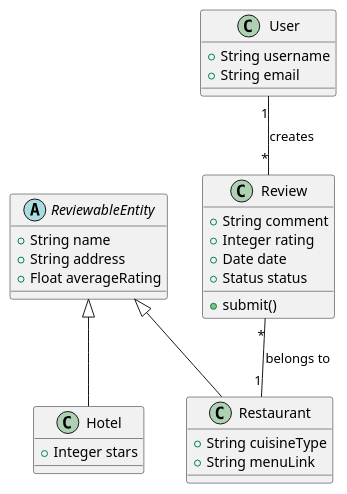
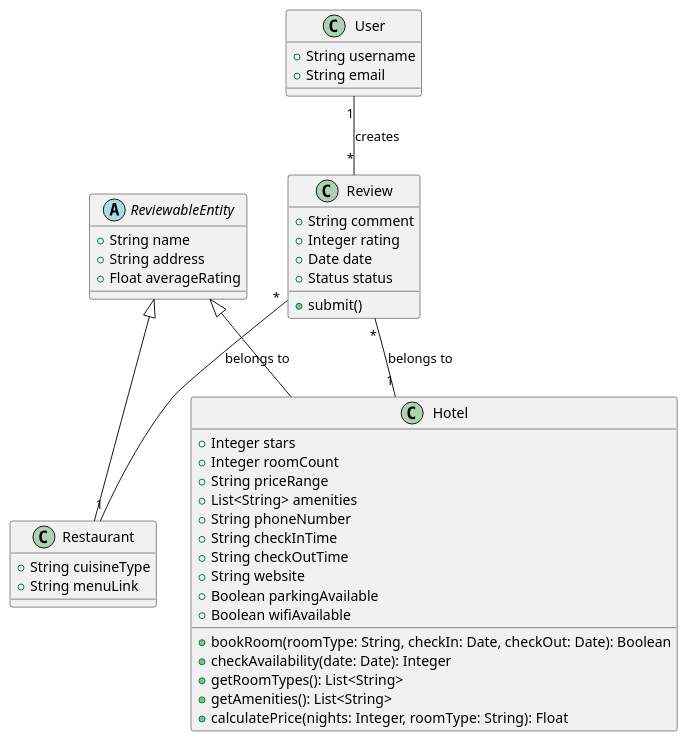
Before and after one commit to Denysko8/iot_dpz: the diagram in uml/class_diagram.puml, drawn with PlantUML. The commit also changed 1 other file, not shown here.

Commit message:
expanded use_case and hotel in class_diagram

```diff
--- a/uml/class_diagram.puml
+++ b/uml/class_diagram.puml
@@ -1,32 +1,47 @@
 @startuml
 abstract class ReviewableEntity {
     +String name
     +String address
     +Float averageRating
 }
 
 class Restaurant extends ReviewableEntity {
     +String cuisineType
     +String menuLink
 }
 
 class Hotel extends ReviewableEntity {
     +Integer stars
+    +Integer roomCount
+    +String priceRange
+    +List<String> amenities
+    +String phoneNumber
+    +String checkInTime
+    +String checkOutTime
+    +String website
+    +Boolean parkingAvailable
+    +Boolean wifiAvailable
+    +bookRoom(roomType: String, checkIn: Date, checkOut: Date): Boolean
+    +checkAvailability(date: Date): Integer
+    +getRoomTypes(): List<String>
+    +getAmenities(): List<String>
+    +calculatePrice(nights: Integer, roomType: String): Float
 }
 
 class Review {
     +String comment
     +Integer rating
     +Date date
     +Status status
     +submit()
 }
 
 class User {
     +String username
     +String email
 }
 
 User "1" -- "*" Review : creates
 Review "*" -- "1" Restaurant : belongs to
+Review "*" -- "1" Hotel : belongs to
 @enduml
```
